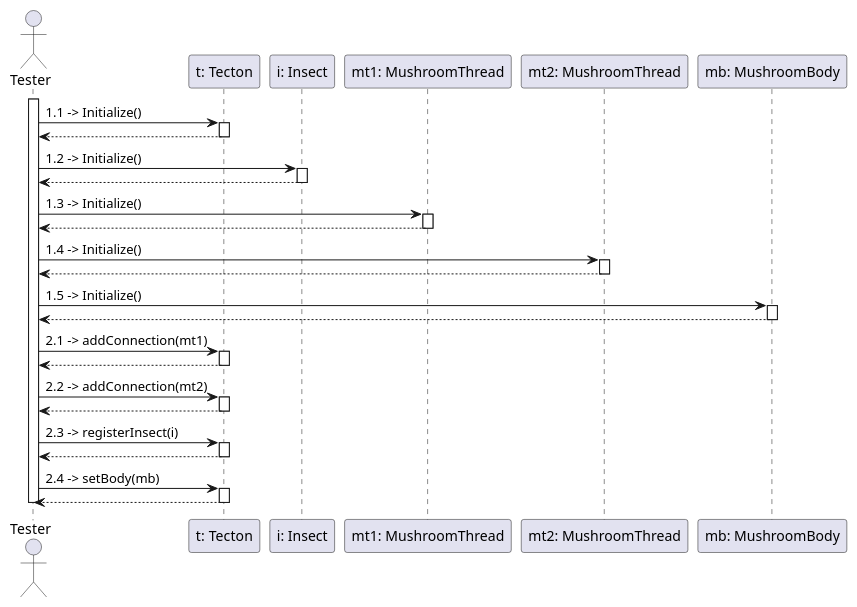
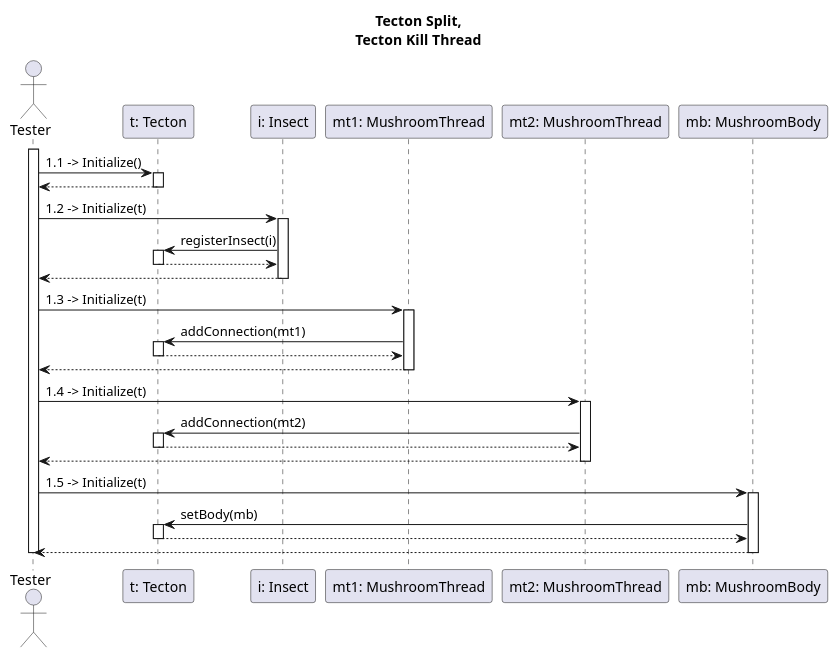
One commit to dzsem/projlab changed the diagram in diagrams/communication/tecton1.puml. Above: the diagram before and after it, drawn with PlantUML.

```diff
--- a/diagrams/communication/tecton1.puml
+++ b/diagrams/communication/tecton1.puml
@@ -6,63 +6,81 @@
 @startuml communicationTecton1
+
+title Tecton Split,\nTecton Kill Thread
 
 actor "Tester" as ts
 participant "t: Tecton" as t
 participant "i: Insect" as i
 participant "mt1: MushroomThread" as mt1
 participant "mt2: MushroomThread" as mt2
 participant "mb: MushroomBody" as mb
 
 ' inicializálások
 
 activate ts
 
 ts -> t: 1.1 -> Initialize()
 activate t
 ts <-- t
 deactivate t
 
-ts -> i: 1.2 -> Initialize()
+ts -> i: 1.2 -> Initialize(t)
 activate i
+i -> t: registerInsect(i)
+activate t
+i <-- t
+deactivate t
 ts <-- i
 deactivate i
 
-ts -> mt1: 1.3 -> Initialize()
+ts -> mt1: 1.3 -> Initialize(t)
 activate mt1
+mt1 -> t: addConnection(mt1)
+activate t
+mt1 <-- t
+deactivate t
 ts <-- mt1
 deactivate mt1
 
-ts -> mt2: 1.4 -> Initialize()
+ts -> mt2: 1.4 -> Initialize(t)
 activate mt2
+mt2 -> t: addConnection(mt2)
+activate t
+mt2 <-- t
+deactivate t
 ts <-- mt2
 deactivate mt2
 
-ts -> mb: 1.5 -> Initialize()
+ts -> mb: 1.5 -> Initialize(t)
 activate mb
+mb -> t: setBody(mb)
+activate t
+mb <-- t
+deactivate t
 ts <-- mb
 deactivate mb
 
 ' tecton setup
 
-ts -> t: 2.1 -> addConnection(mt1)
-activate t
-ts <-- t
-deactivate t
+' ts -> t: 2.1 -> addConnection(mt1)
+' activate t
+' ts <-- t
+' deactivate t
 
-ts -> t: 2.2 -> addConnection(mt2)
-activate t
-ts <-- t
-deactivate t
+' ts -> t: 2.2 -> addConnection(mt2)
+' activate t
+' ts <-- t
+' deactivate t
 
-ts -> t: 2.3 -> registerInsect(i)
-activate t
-ts <-- t
-deactivate t
+' ts -> t: 2.3 -> registerInsect(i)
+' activate t
+' ts <-- t
+' deactivate t
 
-ts -> t: 2.4 -> setBody(mb)
-activate t
-ts <-- t
-deactivate t
+' ts -> t: 2.4 -> setBody(mb)
+' activate t
+' ts <-- t
+' deactivate t
 
 deactivate ts
 
 @enduml
```
